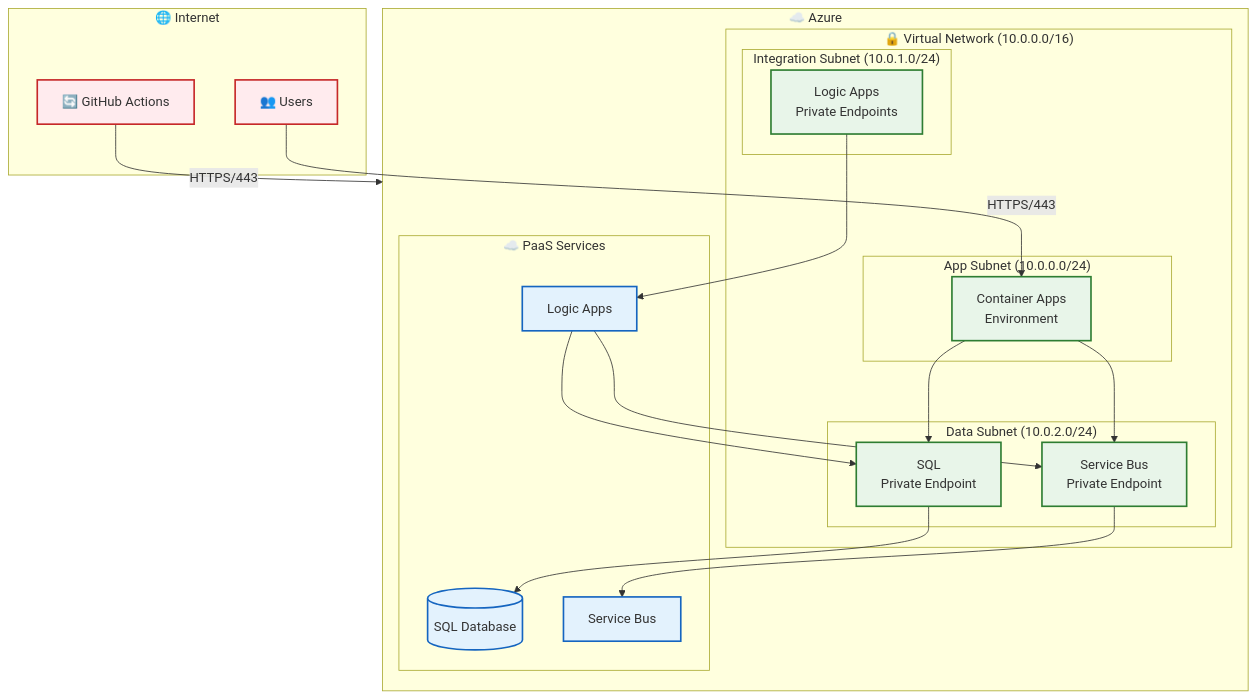
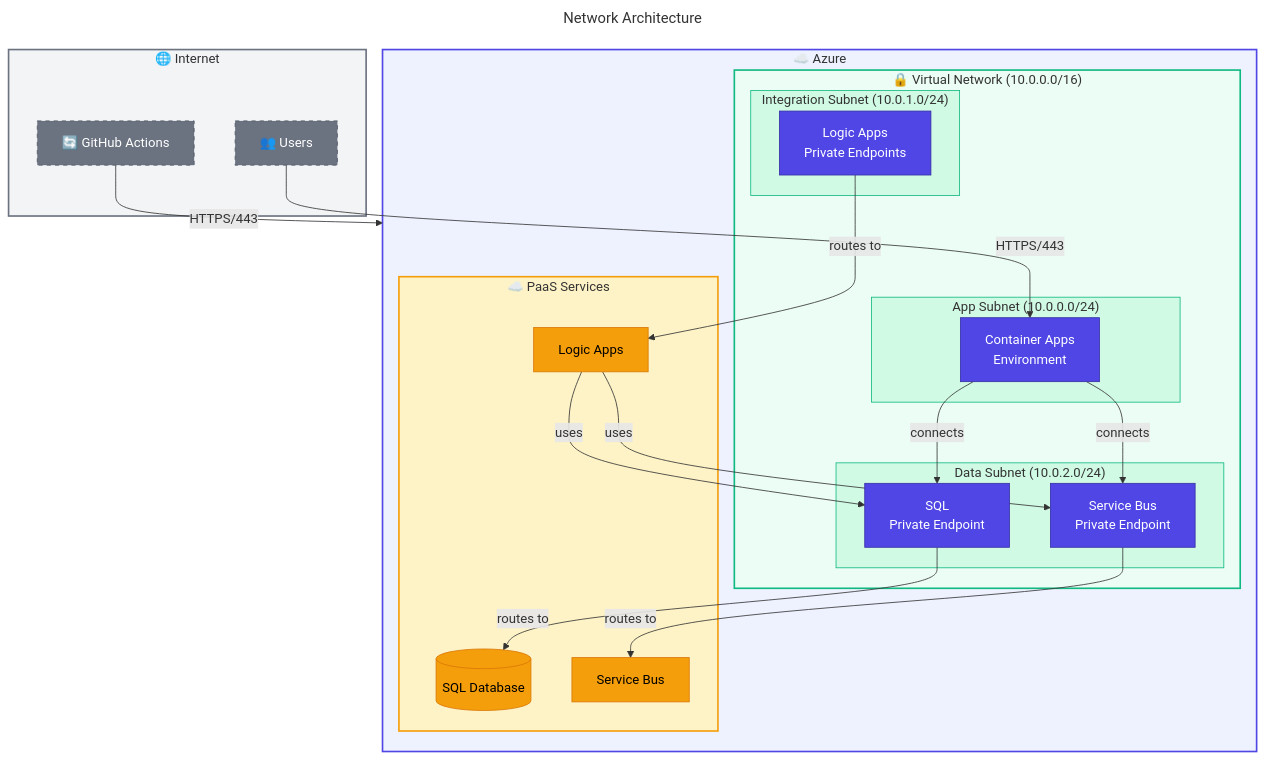
One commit to Evilazaro/Azure-LogicApps-Monitoring changed the second of 5 diagrams in docs/architecture/06-security-architecture.md. Above: the diagram before and after it, drawn with Mermaid. The commit also changed other lines of this file, not shown here.

Commit message:
feat: Revise security architecture diagrams with enhanced structure, connections, and visual styles

````diff
--- a/docs/architecture/06-security-architecture.md
+++ b/docs/architecture/06-security-architecture.md
@@ -85,44 +105,63 @@
 ```mermaid
+---
+title: Network Architecture
+---
 flowchart TB
+    %% ===== INTERNET =====
     subgraph Internet["🌐 Internet"]
         Users["👥 Users"]
         GitHub["🔄 GitHub Actions"]
     end
 
+    %% ===== AZURE =====
     subgraph Azure["☁️ Azure"]
         subgraph VNet["🔒 Virtual Network (10.0.0.0/16)"]
             subgraph AppSubnet["App Subnet (10.0.0.0/24)"]
                 CAE["Container Apps<br/>Environment"]
             end
             subgraph IntSubnet["Integration Subnet (10.0.1.0/24)"]
                 LAPrivate["Logic Apps<br/>Private Endpoints"]
             end
             subgraph DataSubnet["Data Subnet (10.0.2.0/24)"]
                 SQLPrivate["SQL<br/>Private Endpoint"]
                 SBPrivate["Service Bus<br/>Private Endpoint"]
             end
         end
 
         subgraph PaaS["☁️ PaaS Services"]
-            SQL[(SQL Database)]
-            SB[Service Bus]
-            LA[Logic Apps]
+            SQL[("SQL Database")]
+            SB["Service Bus"]
+            LA["Logic Apps"]
         end
     end
 
+    %% ===== CONNECTIONS =====
     Users -->|"HTTPS/443"| CAE
     GitHub -->|"HTTPS/443"| Azure
-    CAE --> SQLPrivate --> SQL
-    CAE --> SBPrivate --> SB
-    LAPrivate --> LA
-    LA --> SBPrivate
-    LA --> SQLPrivate
+    CAE -->|"connects"| SQLPrivate
+    CAE -->|"connects"| SBPrivate
+    SQLPrivate -->|"routes to"| SQL
+    SBPrivate -->|"routes to"| SB
+    LAPrivate -->|"routes to"| LA
+    LA -->|"uses"| SBPrivate
+    LA -->|"uses"| SQLPrivate
 
-    classDef internet fill:#ffebee,stroke:#c62828,stroke-width:2px
-    classDef vnet fill:#e8f5e9,stroke:#2e7d32,stroke-width:2px
-    classDef paas fill:#e3f2fd,stroke:#1565c0,stroke-width:2px
+    %% ===== STYLES - NODE CLASSES =====
+    classDef external fill:#6B7280,stroke:#4B5563,color:#FFFFFF,stroke-dasharray:5 5
+    classDef primary fill:#4F46E5,stroke:#3730A3,color:#FFFFFF
+    classDef datastore fill:#F59E0B,stroke:#D97706,color:#000000
 
-    class Users,GitHub internet
-    class CAE,LAPrivate,SQLPrivate,SBPrivate vnet
-    class SQL,SB,LA paas
+    %% ===== CLASS ASSIGNMENTS =====
+    class Users,GitHub external
+    class CAE,LAPrivate,SQLPrivate,SBPrivate primary
+    class SQL,SB,LA datastore
+
+    %% ===== SUBGRAPH STYLES =====
+    style Internet fill:#F3F4F6,stroke:#6B7280,stroke-width:2px
+    style Azure fill:#EEF2FF,stroke:#4F46E5,stroke-width:2px
+    style VNet fill:#ECFDF5,stroke:#10B981,stroke-width:2px
+    style AppSubnet fill:#D1FAE5,stroke:#10B981,stroke-width:1px
+    style IntSubnet fill:#D1FAE5,stroke:#10B981,stroke-width:1px
+    style DataSubnet fill:#D1FAE5,stroke:#10B981,stroke-width:1px
+    style PaaS fill:#FEF3C7,stroke:#F59E0B,stroke-width:2px
 ```
````
